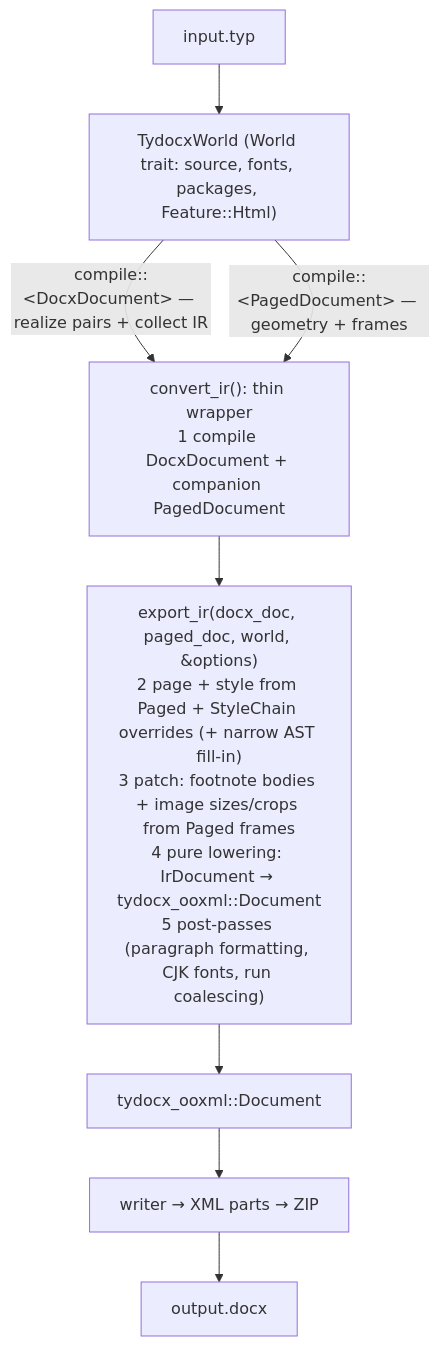
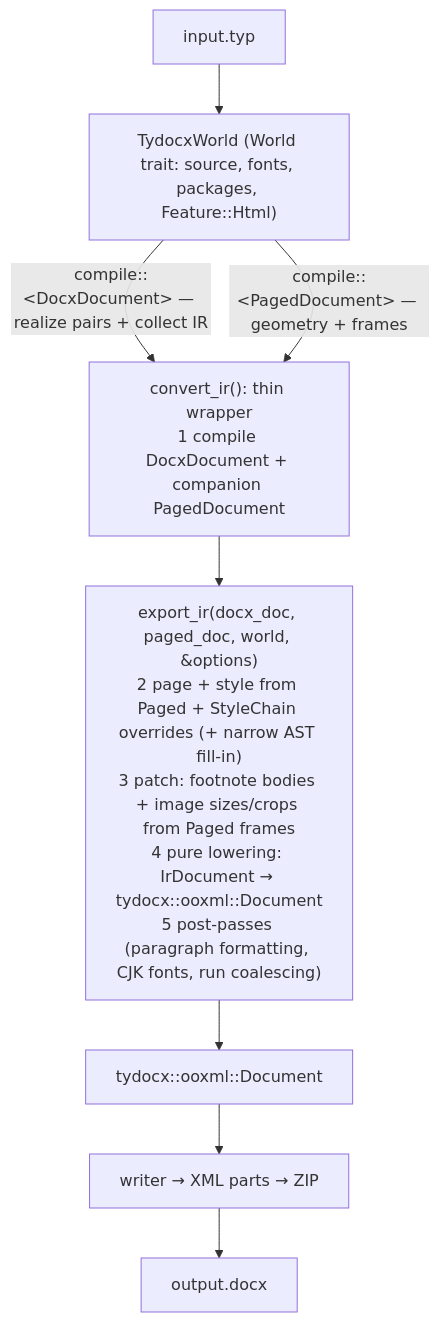
One commit to kwadraten/tydocx changed the first of 2 diagrams in docs/ARCHITECTURE.md. Above: the diagram before and after it, drawn with Mermaid. The commit also changed other lines of this file and 248 other files, not shown here.

````diff
--- a/docs/ARCHITECTURE.md
+++ b/docs/ARCHITECTURE.md
@@ -154,10 +154,10 @@
 ```mermaid
 flowchart TD
     INPUT["input.typ"] --> WORLD["TydocxWorld (World trait: source, fonts, packages, Feature::Html)"]
     WORLD -->|compile::&lt;DocxDocument&gt; — realize pairs + collect IR| COMPILE["convert_ir(): thin wrapper<br/>1 compile DocxDocument + companion PagedDocument"]
     WORLD -->|compile::&lt;PagedDocument&gt; — geometry + frames| COMPILE
-    COMPILE --> EXPORT["export_ir(docx_doc, paged_doc, world, &options)<br/>2 page + style from Paged + StyleChain overrides (+ narrow AST fill-in)<br/>3 patch: footnote bodies + image sizes/crops from Paged frames<br/>4 pure lowering: IrDocument → tydocx_ooxml::Document<br/>5 post-passes (paragraph formatting, CJK fonts, run coalescing)"]
-    EXPORT --> IR["tydocx_ooxml::Document"]
+    COMPILE --> EXPORT["export_ir(docx_doc, paged_doc, world, &options)<br/>2 page + style from Paged + StyleChain overrides (+ narrow AST fill-in)<br/>3 patch: footnote bodies + image sizes/crops from Paged frames<br/>4 pure lowering: IrDocument → tydocx::ooxml::Document<br/>5 post-passes (paragraph formatting, CJK fonts, run coalescing)"]
+    EXPORT --> IR["tydocx::ooxml::Document"]
     IR --> WRITER["writer → XML parts → ZIP"]
     WRITER --> OUT["output.docx"]
 ```
````
